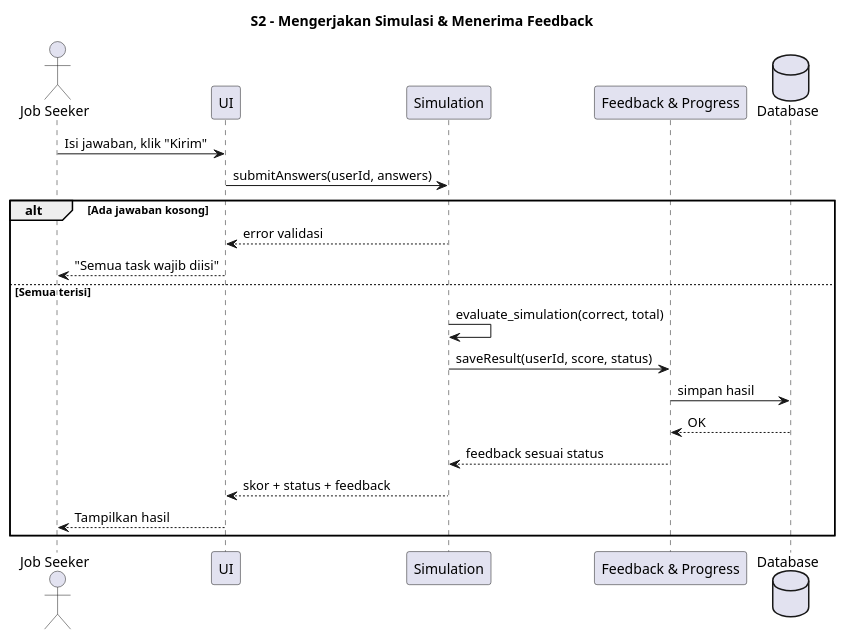
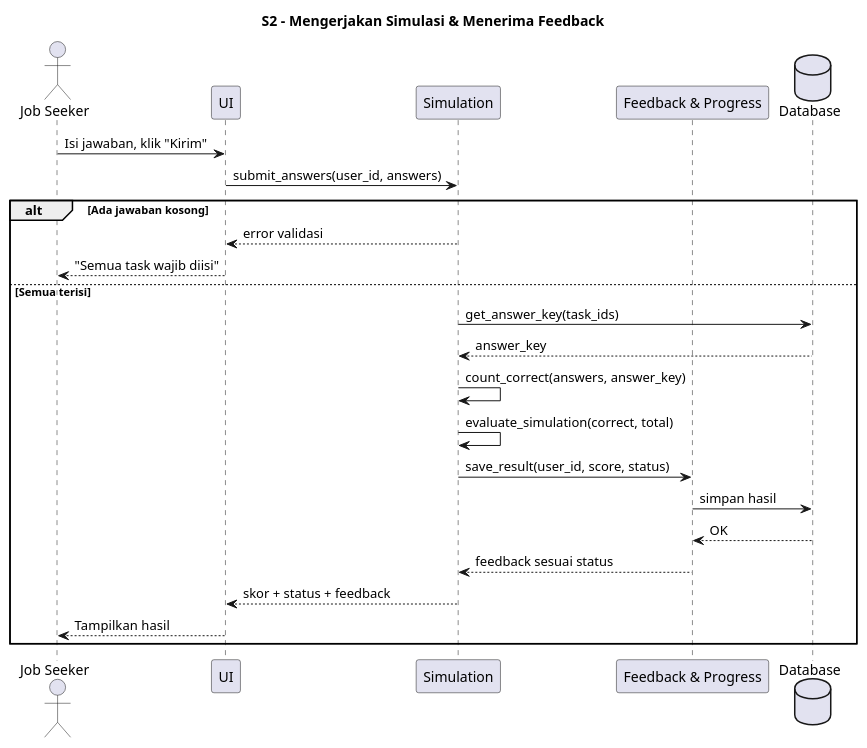
Before and after one commit to AZZAMAF/Belajar.id_UAS_SDF: the diagram in diagrams/sequence1_kuis.puml, drawn with PlantUML. The commit also changed other lines of this file, not shown here.

Commit message:
Refactor sequence diagram for simulation feedback

```diff
--- a/diagrams/sequence1_kuis.puml
+++ b/diagrams/sequence1_kuis.puml
@@ -1,25 +2,28 @@
 @startuml
 title S2 - Mengerjakan Simulasi & Menerima Feedback
 
 actor "Job Seeker" as U
 participant "UI" as UI
 participant "Simulation" as SIM
 participant "Feedback & Progress" as FP
 database "Database" as DB
 
 U -> UI: Isi jawaban, klik "Kirim"
-UI -> SIM: submitAnswers(userId, answers)
+UI -> SIM: submit_answers(user_id, answers)
 
 alt Ada jawaban kosong
   SIM --> UI: error validasi
   UI --> U: "Semua task wajib diisi"
 else Semua terisi
+  SIM -> DB: get_answer_key(task_ids)
+  DB --> SIM: answer_key
+  SIM -> SIM: count_correct(answers, answer_key)
   SIM -> SIM: evaluate_simulation(correct, total)
-  SIM -> FP: saveResult(userId, score, status)
+  SIM -> FP: save_result(user_id, score, status)
   FP -> DB: simpan hasil
   DB --> FP: OK
   FP --> SIM: feedback sesuai status
   SIM --> UI: skor + status + feedback
   UI --> U: Tampilkan hasil
 end
 @enduml
```
